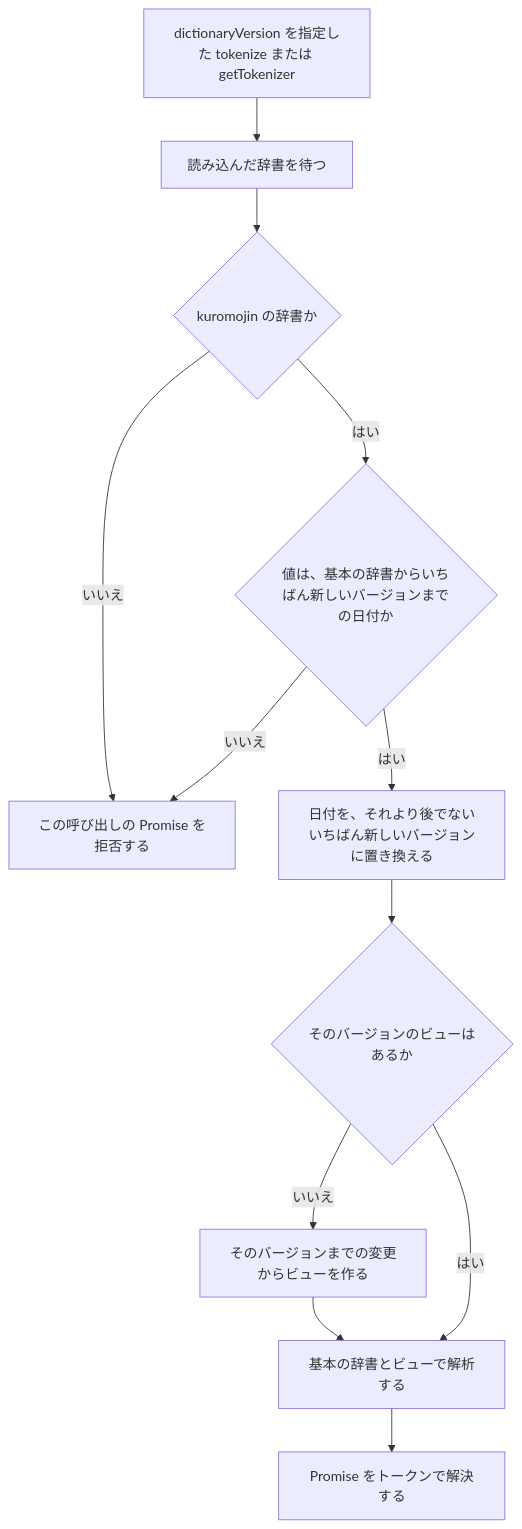
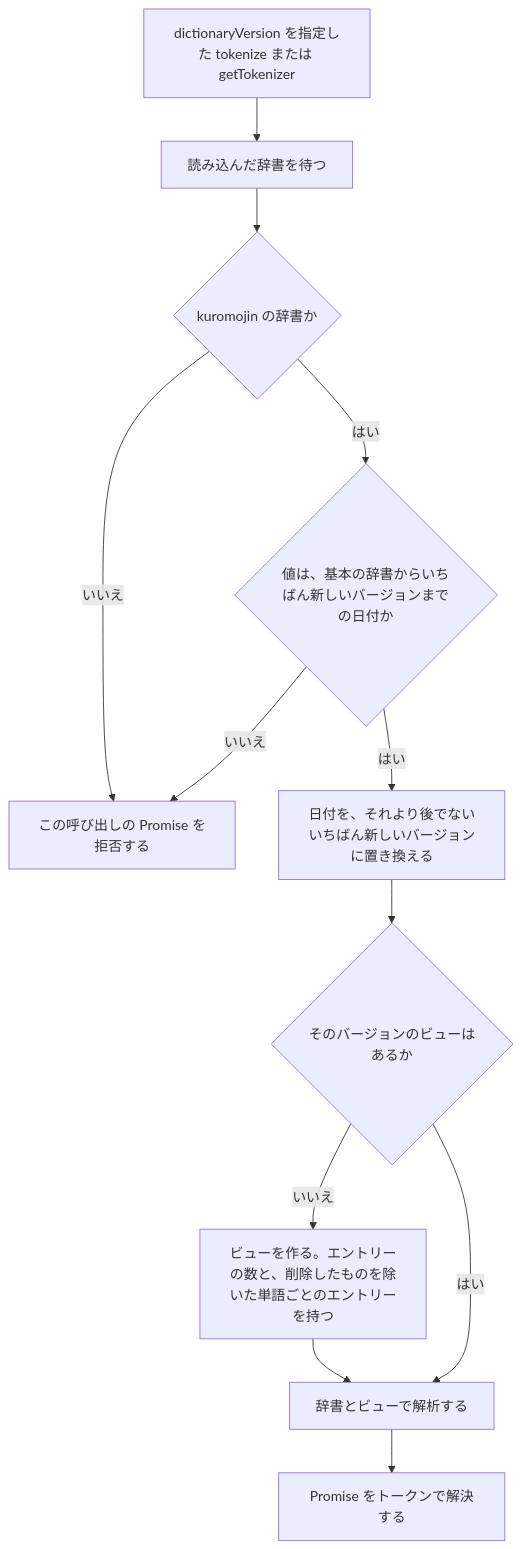
One commit to azu/kuromojin changed the first of 2 diagrams in docs/products/kuromojin/features/dictionary-versions/design.ja.md. Above: the diagram before and after it, drawn with Mermaid. The commit also changed other lines of this file and 5 other files, not shown here.

````diff
--- a/docs/products/kuromojin/features/dictionary-versions/design.ja.md
+++ b/docs/products/kuromojin/features/dictionary-versions/design.ja.md
@@ -112,14 +117,14 @@
 ```mermaid
 flowchart TD
     call["dictionaryVersion を指定した tokenize または getTokenizer"] --> load["読み込んだ辞書を待つ"]
     load --> kind{"kuromojin の辞書か"}
     kind -- いいえ --> reject["この呼び出しの Promise を拒否する"]
     kind -- はい --> check{"値は、基本の辞書からいちばん新しいバージョンまでの日付か"}
     check -- いいえ --> reject
     check -- はい --> version["日付を、それより後でないいちばん新しいバージョンに置き換える"]
     version --> view{"そのバージョンのビューはあるか"}
-    view -- いいえ --> build["そのバージョンまでの変更からビューを作る"]
-    build --> analyze["基本の辞書とビューで解析する"]
+    view -- いいえ --> build["ビューを作る。エントリーの数と、削除したものを除いた単語ごとのエントリーを持つ"]
+    build --> analyze["辞書とビューで解析する"]
     view -- はい --> analyze
     analyze --> tokens["Promise をトークンで解決する"]
 ```
````
